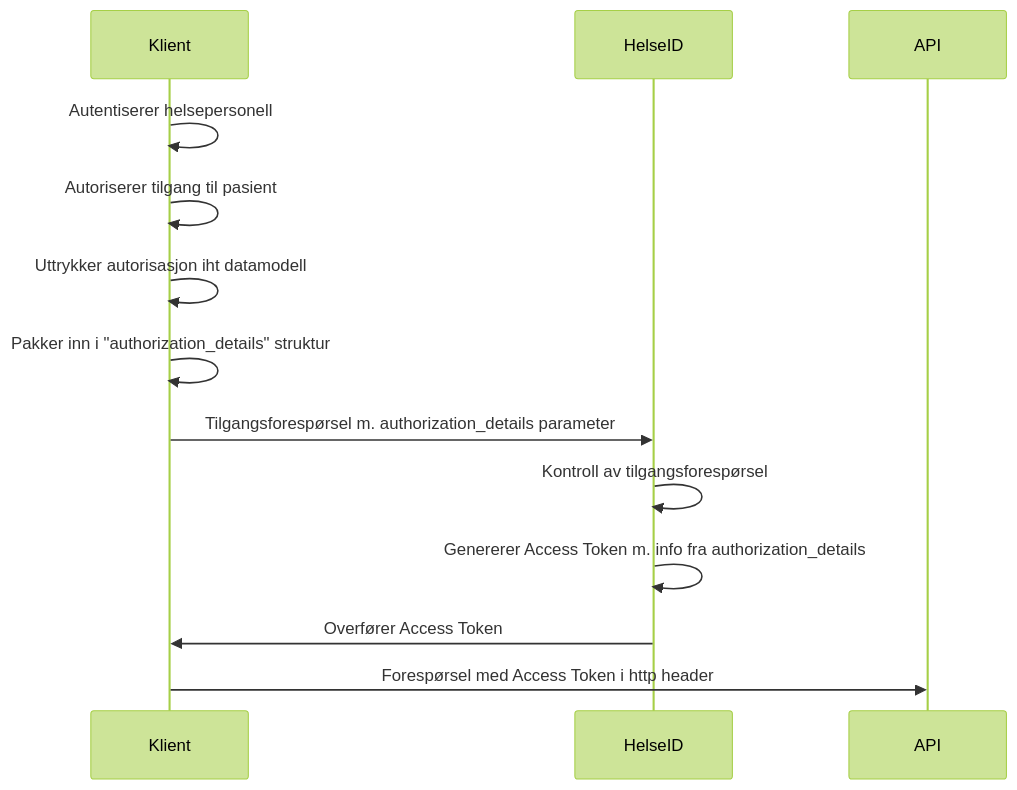
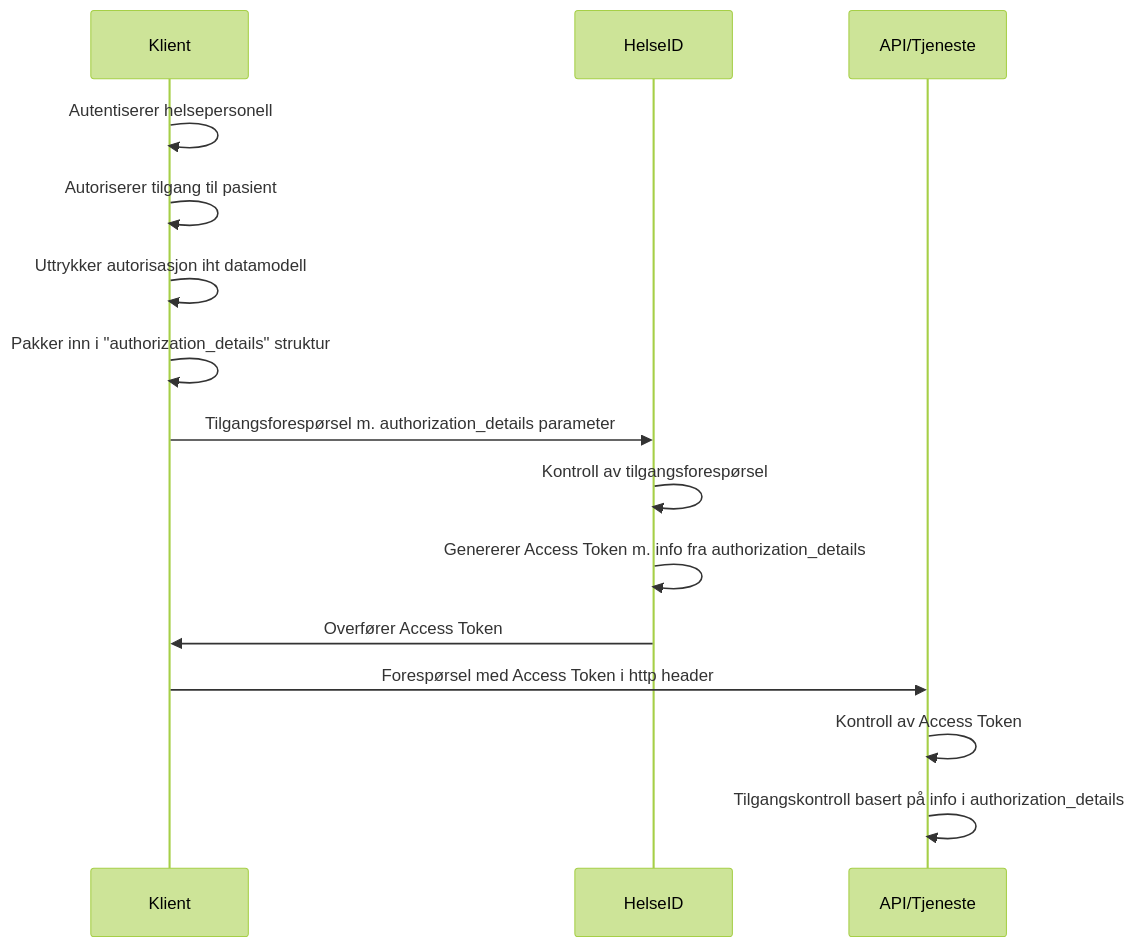
The diagram in specs/profil_for_authorization_details.md (NorskHelsenett/Tillitsrammeverk), drawn with Mermaid (forest theme) before and after one commit.

````diff
--- a/specs/profil_for_authorization_details.md
+++ b/specs/profil_for_authorization_details.md
@@ -58,13 +58,15 @@
 ```mermaid
 sequenceDiagram
 	Klient->>Klient: Autentiserer helsepersonell
 	Klient->>Klient: Autoriserer tilgang til pasient
 	Klient->>Klient: Uttrykker autorisasjon iht datamodell
 	Klient->>Klient: Pakker inn i "authorization_details" struktur
 	Klient->>HelseID: Tilgangsforespørsel m. authorization_details parameter
 	HelseID->>HelseID: Kontroll av tilgangsforespørsel
 	HelseID->>HelseID: Genererer Access Token m. info fra authorization_details
 	HelseID->>Klient: Overfører Access Token
-	Klient->>API: Forespørsel med Access Token i http header
+	Klient->>API/Tjeneste: Forespørsel med Access Token i http header
+	API/Tjeneste->>API/Tjeneste: Kontroll av Access Token
+	API/Tjeneste->>API/Tjeneste: Tilgangskontroll basert på info i authorization_details
 
 ```
````
